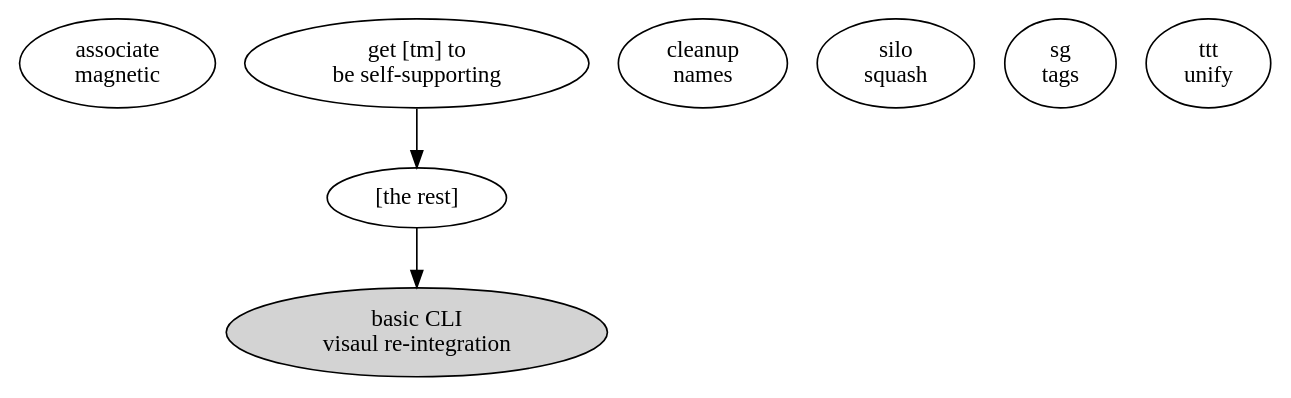
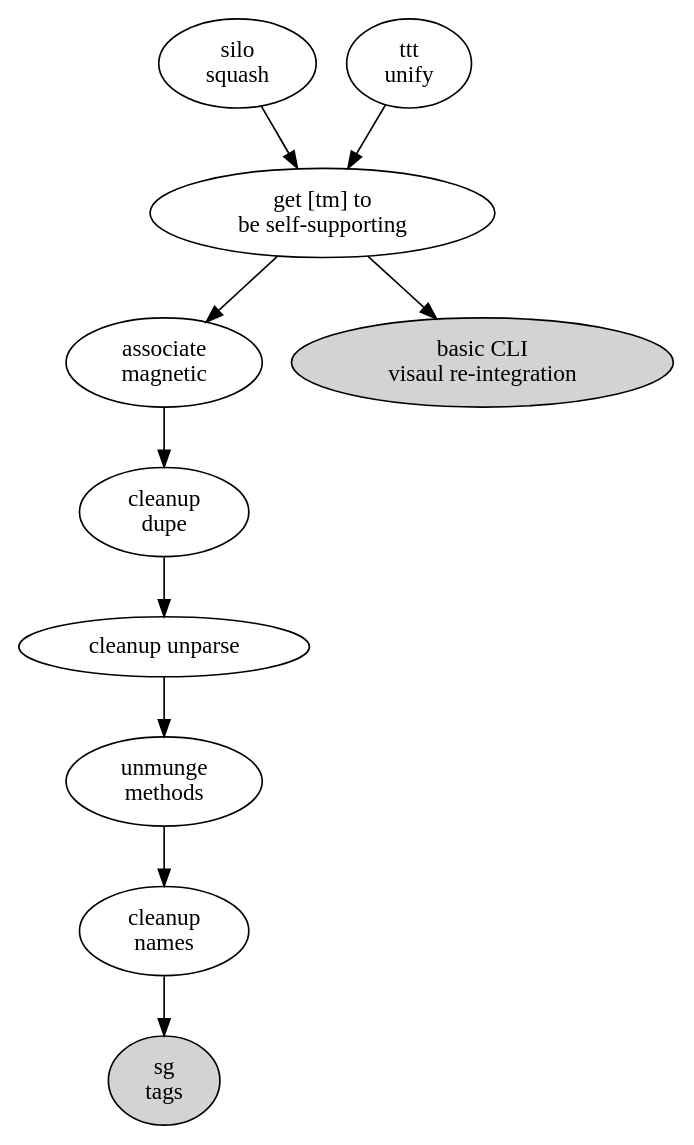
One commit to hipe/tmx changed the diagram in lib/skylab/tan-man/doc/the-big-picture-of-now.dot. Above: the diagram before and after it, drawn with Graphviz. The commit also changed 3 other files, not shown here.

```diff
--- a/lib/skylab/tan-man/doc/the-big-picture-of-now.dot
+++ b/lib/skylab/tan-man/doc/the-big-picture-of-now.dot
@@ -1,17 +1,26 @@
 digraph{
 
   am [ label="associate\nmagnetic" ]
+  cd [ label="cleanup\ndupe" ]
   cv [ label="basic CLI\nvisaul re-integration" style=filled ]
   cn [ label="cleanup\nnames" ]
   si [ label="silo\nsquash" ]
   ss [ label="get [tm] to\nbe self-supporting" ]
-  st [ label="sg\ntags" ]
+  st [ label="sg\ntags" style=filled ]
   tu [ label="ttt\nunify" ]
-  the_rest [ label="[the rest]" ]
+  um [ label="unmunge\nmethods" ]
+  up [ label="cleanup unparse" ]
 
-  ss->the_rest
-  the_rest->cv
+  am -> cd
+  cd -> up
+  cn -> st
+  si -> ss
+  ss -> cv
+  ss -> am
+  tu -> ss
+  um -> cn
+  up -> um
 
   # that one color of blue: fillcolor="#b5d5fb" style=filled
 
 }
```
